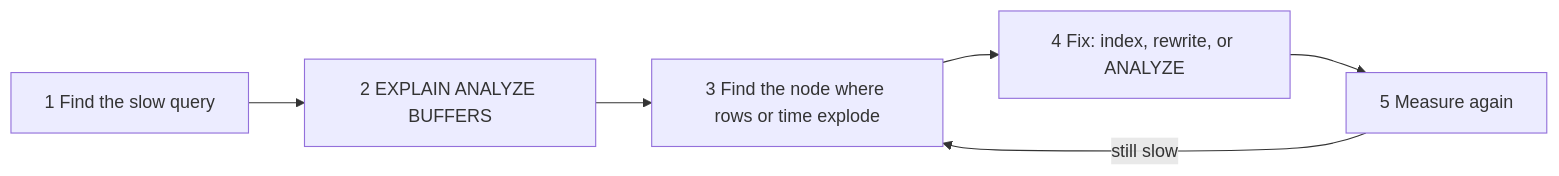
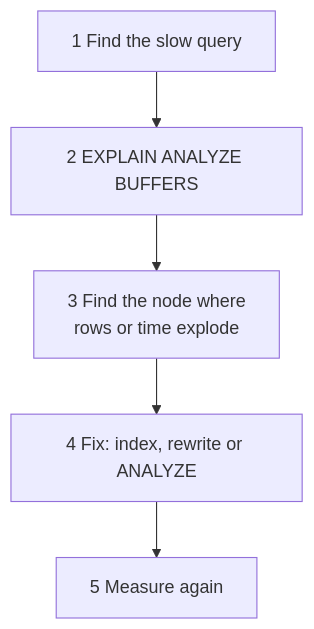
Before and after one commit to starjustice/research-material: the fifth of 5 diagrams in learn/database/11-reading-explain.md, drawn with Mermaid. The commit also changed other lines of this file, not shown here.

````diff
--- a/learn/database/11-reading-explain.md
+++ b/learn/database/11-reading-explain.md
@@ -322,8 +348,7 @@
 ```mermaid
-graph LR
+graph TB
     A["1 Find the slow query"] --> B["2 EXPLAIN ANALYZE BUFFERS"]
-    B --> C["3 Find the node where rows or time explode"]
-    C --> D["4 Fix: index, rewrite, or ANALYZE"]
+    B --> C["3 Find the node where<br/>rows or time explode"]
+    C --> D["4 Fix: index, rewrite or ANALYZE"]
     D --> E["5 Measure again"]
-    E -->|still slow| C
 ```
````
